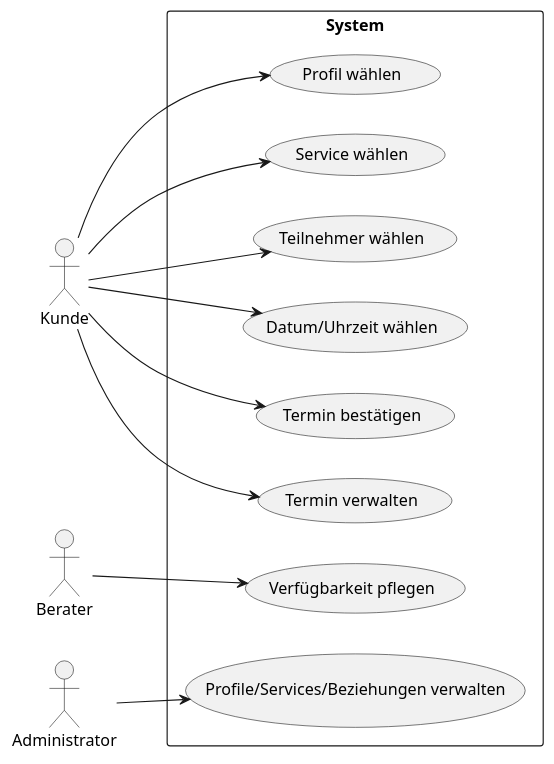
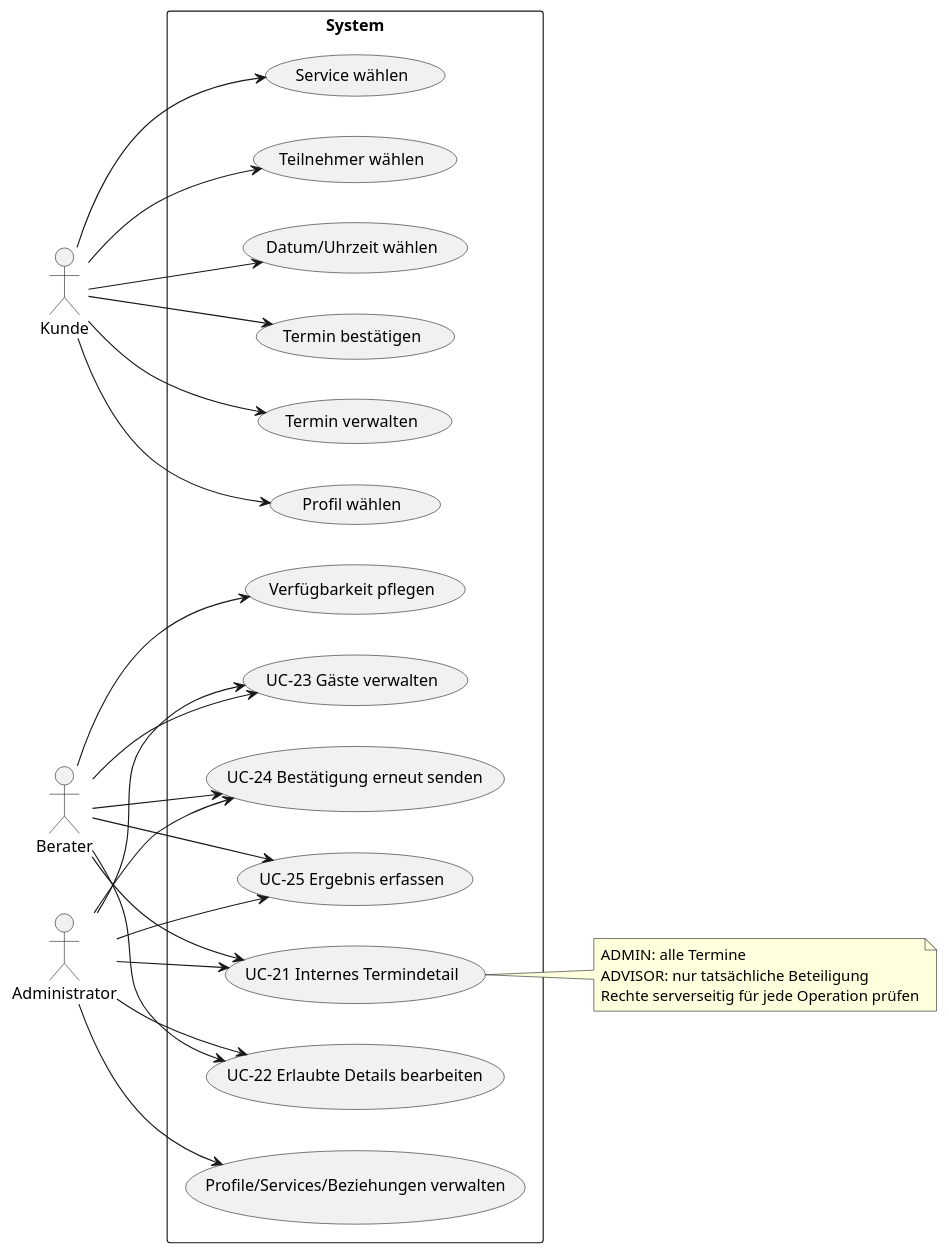
One commit to Viny005/Appointment-booking-system changed the diagram in docs/spec/diagrams/f2-use-cases.puml. Above: the diagram before and after it, drawn with PlantUML. The commit also changed 37 other files, not shown here.

Commit message:
docs: complete appointment lifecycle and security architecture

```diff
--- a/docs/spec/diagrams/f2-use-cases.puml
+++ b/docs/spec/diagrams/f2-use-cases.puml
@@ -1,24 +1,44 @@
 @startuml
 left to right direction
 actor Kunde
 actor Berater
 actor Administrator
 rectangle System {
   usecase "Profil wählen" as UC1
   usecase "Service wählen" as UC2
   usecase "Teilnehmer wählen" as UC3
   usecase "Datum/Uhrzeit wählen" as UC4
   usecase "Termin bestätigen" as UC6
   usecase "Termin verwalten" as UC8
   usecase "Verfügbarkeit pflegen" as UC12
   usecase "Profile/Services/Beziehungen verwalten" as UCA
+  usecase "UC-21 Internes Termindetail" as UC21
+  usecase "UC-22 Erlaubte Details bearbeiten" as UC22
+  usecase "UC-23 Gäste verwalten" as UC23
+  usecase "UC-24 Bestätigung erneut senden" as UC24
+  usecase "UC-25 Ergebnis erfassen" as UC25
 }
 Kunde --> UC1
 Kunde --> UC2
 Kunde --> UC3
 Kunde --> UC4
 Kunde --> UC6
 Kunde --> UC8
 Berater --> UC12
 Administrator --> UCA
+Berater --> UC21
+Berater --> UC22
+Berater --> UC23
+Berater --> UC24
+Berater --> UC25
+Administrator --> UC21
+Administrator --> UC22
+Administrator --> UC23
+Administrator --> UC24
+Administrator --> UC25
+note right of UC21
+  ADMIN: alle Termine
+  ADVISOR: nur tatsächliche Beteiligung
+  Rechte serverseitig für jede Operation prüfen
+end note
 @enduml
```
